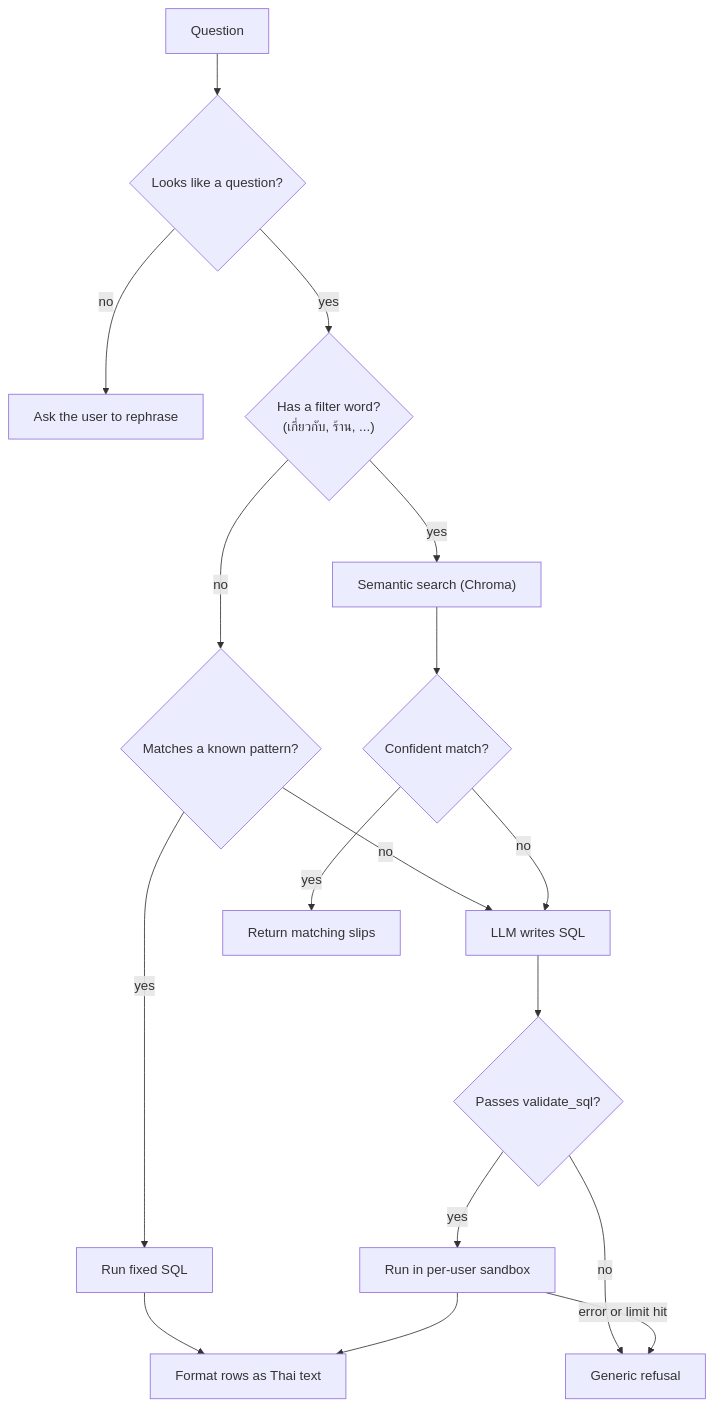
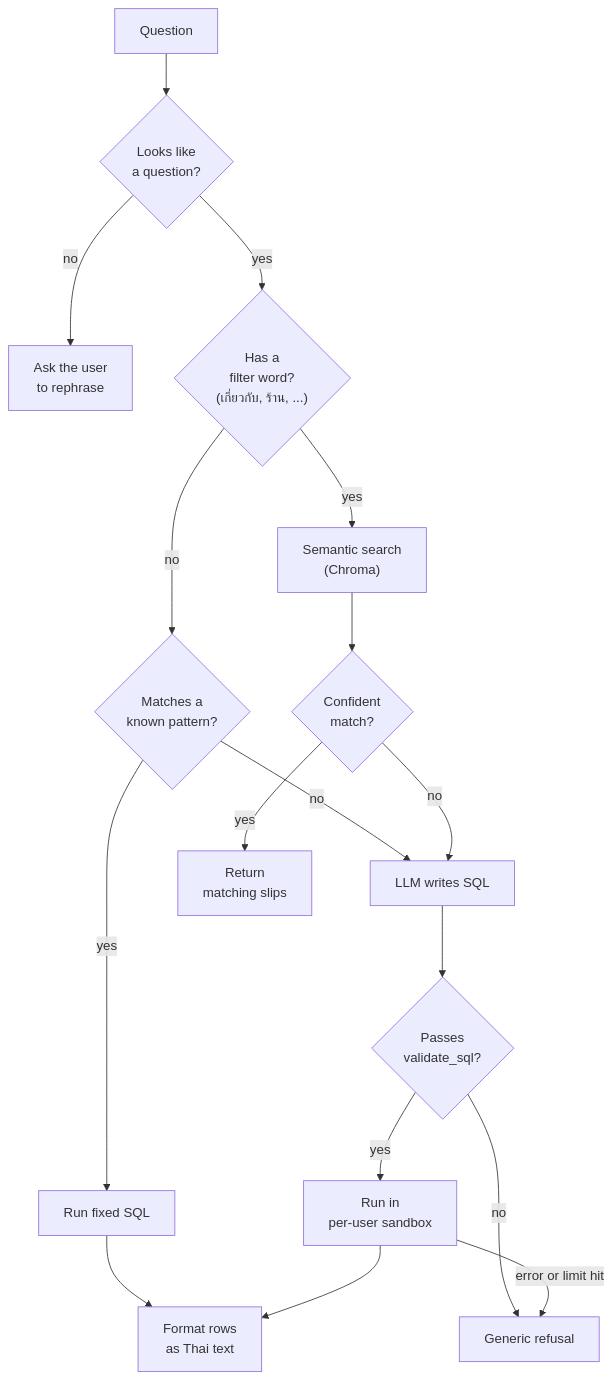
One commit to songwut-p/VeriSlip changed the second of 2 diagrams in README.md. Above: the diagram before and after it, drawn with Mermaid. The commit also changed other lines of this file, not shown here.

Commit message:
docs(readme): fix commit hashes, clone URL and diagram labels
Security table pointed at commit hashes from before the history rewrite; updated all 7 to the current ones. Clone URL now points at songwut-p/VeriSlip, venv uses python3 (python is not available on plain Ubuntu), and long /ask flowchart labels are split over two lines so GitHub does not cut them off.

````diff
--- a/README.md
+++ b/README.md
@@ -69,19 +69,19 @@
 ```mermaid
 flowchart TD
-    Q[Question] --> A{"Looks like a question?"}
-    A -- no --> N["Ask the user to rephrase"]
-    A -- yes --> B{"Has a filter word?<br/>(เกี่ยวกับ, ร้าน, ...)"}
-    B -- no --> C{"Matches a known pattern?"}
+    Q[Question] --> A{"Looks like<br/>a question?"}
+    A -- no --> N["Ask the user<br/>to rephrase"]
+    A -- yes --> B{"Has a<br/>filter word?<br/>(เกี่ยวกับ, ร้าน, ...)"}
+    B -- no --> C{"Matches a<br/>known pattern?"}
     C -- yes --> P["Run fixed SQL"]
     C -- no --> L
-    B -- yes --> S["Semantic search (Chroma)"]
-    S --> T{"Confident match?"}
-    T -- yes --> M["Return matching slips"]
+    B -- yes --> S["Semantic search<br/>(Chroma)"]
+    S --> T{"Confident<br/>match?"}
+    T -- yes --> M["Return<br/>matching slips"]
     T -- no --> L["LLM writes SQL"]
-    L --> V{"Passes validate_sql?"}
+    L --> V{"Passes<br/>validate_sql?"}
     V -- no --> R["Generic refusal"]
-    V -- yes --> X["Run in per-user sandbox"]
+    V -- yes --> X["Run in<br/>per-user sandbox"]
     X -- error or limit hit --> R
-    P --> F["Format rows as Thai text"]
+    P --> F["Format rows<br/>as Thai text"]
     X --> F
 ```
````
